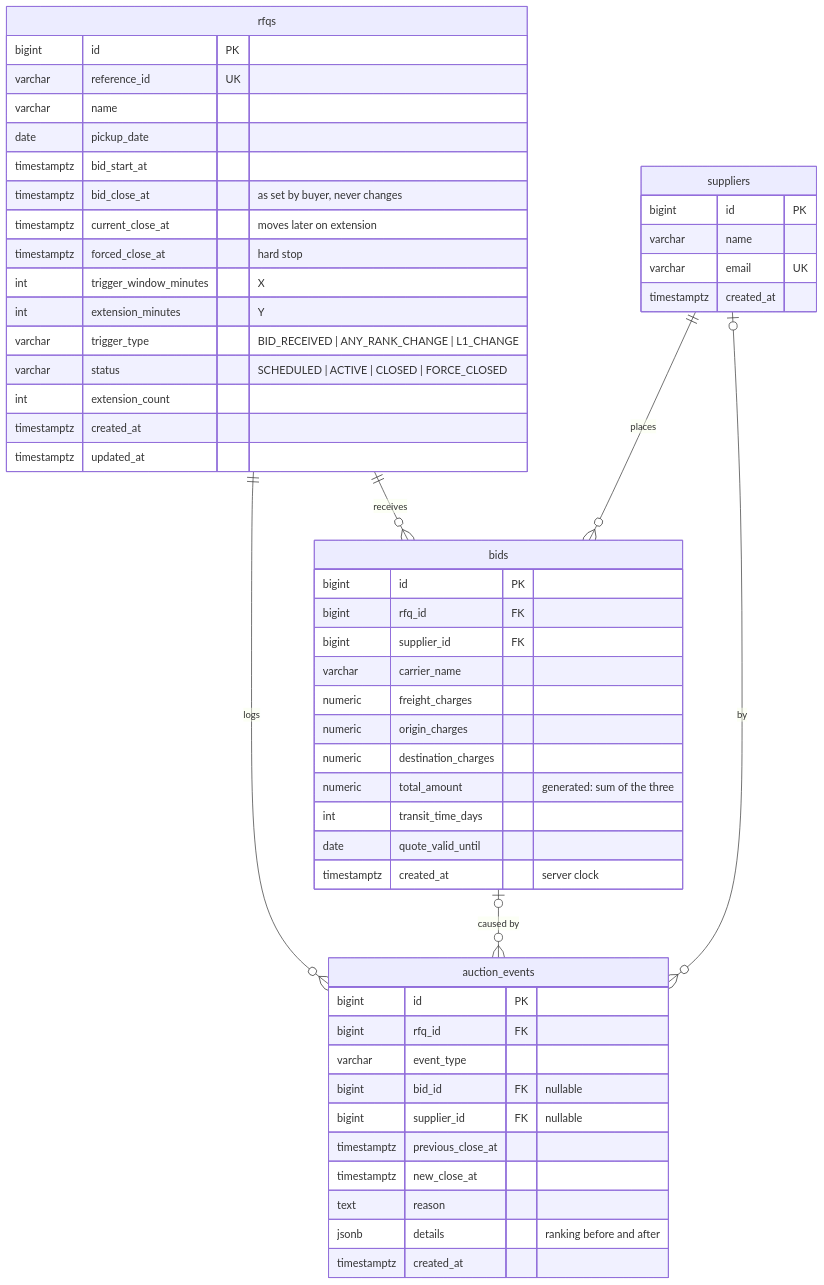
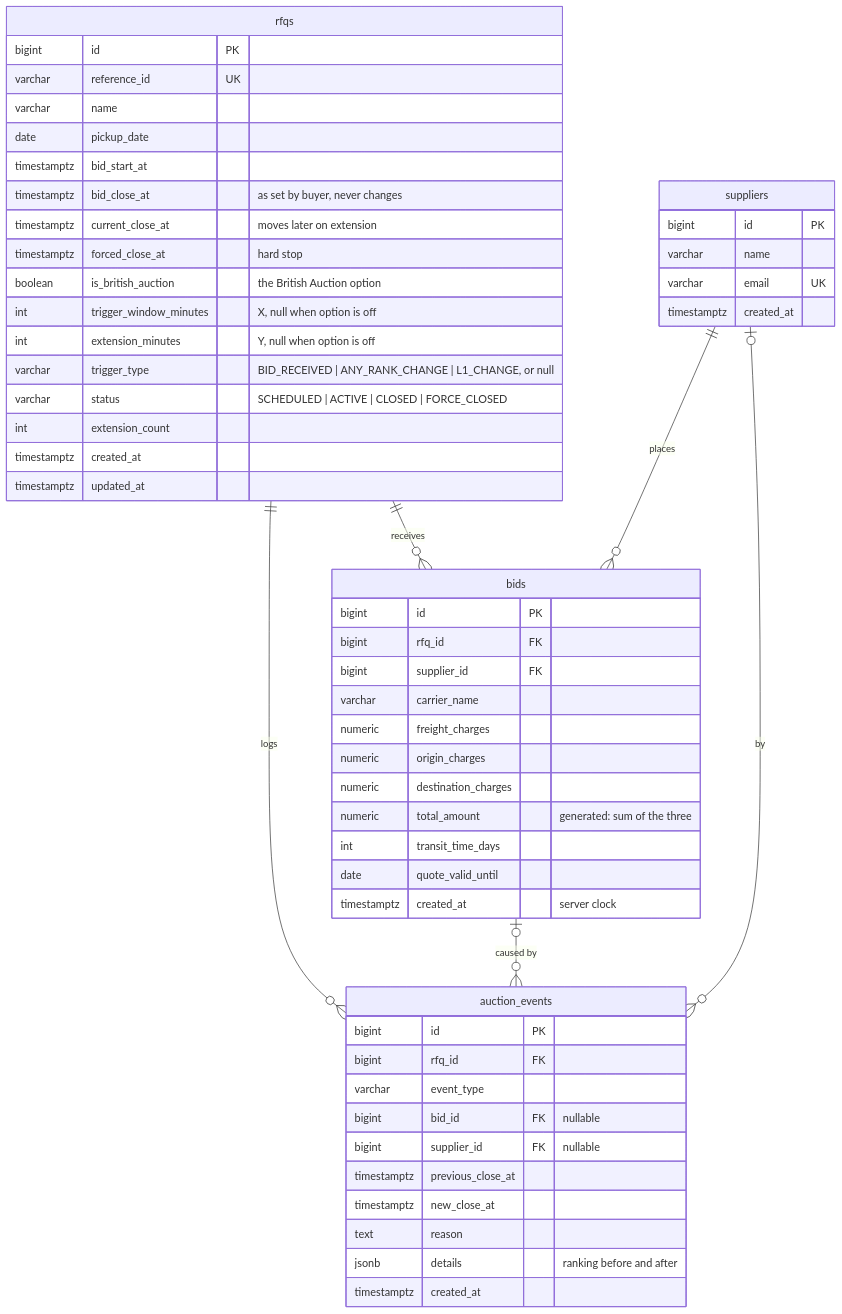
The diagram in docs/schema.md (Vishrut28/British-Auction), drawn with Mermaid before and after one commit. The commit also changed other lines of this file and 18 other files, not shown here.

First line of the commit message:
Frontend: British Auction switch, review fixes, Prettier, Vitest

````diff
--- a/docs/schema.md
+++ b/docs/schema.md
@@ -8,57 +13,58 @@
 ```mermaid
 erDiagram
     rfqs ||--o{ bids : "receives"
     suppliers ||--o{ bids : "places"
     rfqs ||--o{ auction_events : "logs"
     bids |o--o{ auction_events : "caused by"
     suppliers |o--o{ auction_events : "by"
 
     rfqs {
         bigint id PK
         varchar reference_id UK
         varchar name
         date pickup_date
         timestamptz bid_start_at
         timestamptz bid_close_at "as set by buyer, never changes"
         timestamptz current_close_at "moves later on extension"
         timestamptz forced_close_at "hard stop"
-        int trigger_window_minutes "X"
-        int extension_minutes "Y"
-        varchar trigger_type "BID_RECEIVED | ANY_RANK_CHANGE | L1_CHANGE"
+        boolean is_british_auction "the British Auction option"
+        int trigger_window_minutes "X, null when option is off"
+        int extension_minutes "Y, null when option is off"
+        varchar trigger_type "BID_RECEIVED | ANY_RANK_CHANGE | L1_CHANGE, or null"
         varchar status "SCHEDULED | ACTIVE | CLOSED | FORCE_CLOSED"
         int extension_count
         timestamptz created_at
         timestamptz updated_at
     }
     suppliers {
         bigint id PK
         varchar name
         varchar email UK
         timestamptz created_at
     }
     bids {
         bigint id PK
         bigint rfq_id FK
         bigint supplier_id FK
         varchar carrier_name
         numeric freight_charges
         numeric origin_charges
         numeric destination_charges
         numeric total_amount "generated: sum of the three"
         int transit_time_days
         date quote_valid_until
         timestamptz created_at "server clock"
     }
     auction_events {
         bigint id PK
         bigint rfq_id FK
         varchar event_type
         bigint bid_id FK "nullable"
         bigint supplier_id FK "nullable"
         timestamptz previous_close_at
         timestamptz new_close_at
         text reason
         jsonb details "ranking before and after"
         timestamptz created_at
     }
 ```
````
